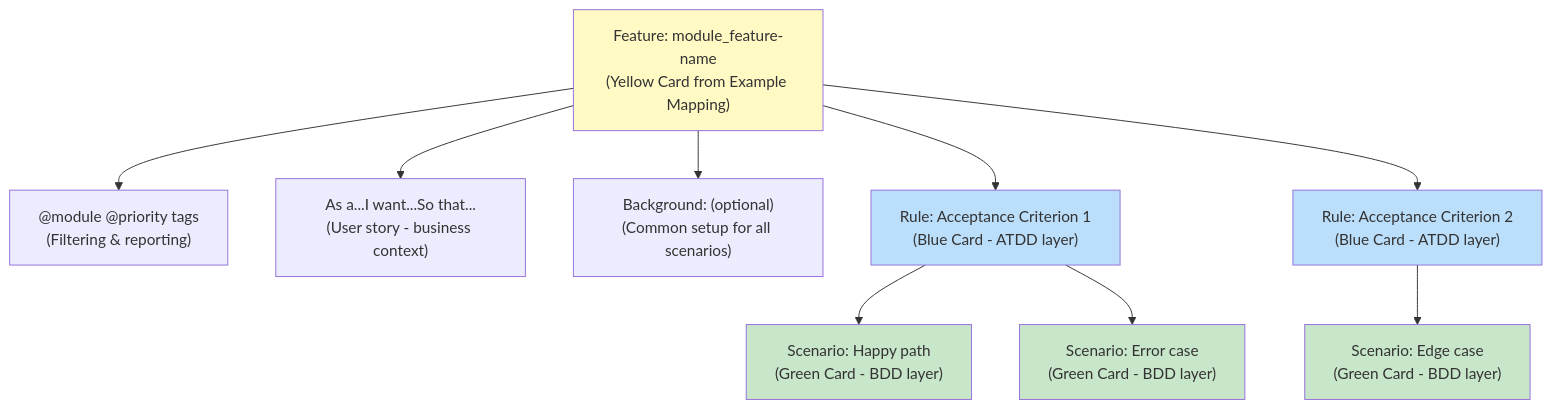
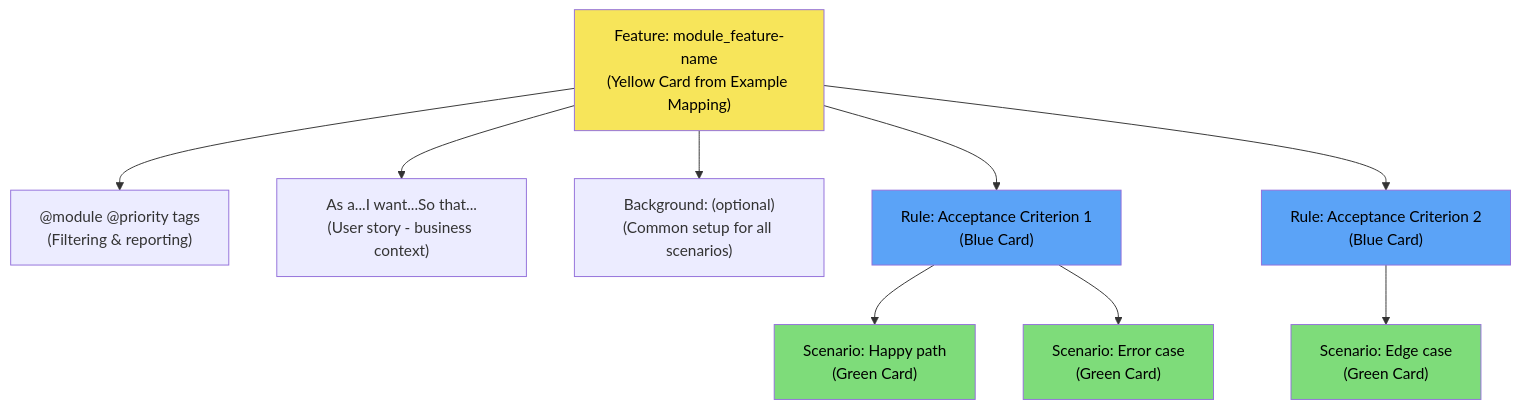
The diagram in docs/explanation/specifications/gherkin-concepts.md (ready-to-release/eac), drawn with Mermaid before and after one commit. The commit also changed other lines of this file and 49 other files, not shown here.

````diff
--- a/docs/explanation/specifications/gherkin-concepts.md
+++ b/docs/explanation/specifications/gherkin-concepts.md
@@ -38,31 +38,31 @@
 ```mermaid
 flowchart TD
     Feature["Feature: module_feature-name<br/>(Yellow Card from Example Mapping)"]
     Tags["@module @priority tags<br/>(Filtering & reporting)"]
     Story["As a...I want...So that...<br/>(User story - business context)"]
     Background["Background: (optional)<br/>(Common setup for all scenarios)"]
 
-    Rule1["Rule: Acceptance Criterion 1<br/>(Blue Card - ATDD layer)"]
-    Rule2["Rule: Acceptance Criterion 2<br/>(Blue Card - ATDD layer)"]
+    Rule1["Rule: Acceptance Criterion 1<br/>(Blue Card)"]
+    Rule2["Rule: Acceptance Criterion 2<br/>(Blue Card)"]
 
-    Scenario1["Scenario: Happy path<br/>(Green Card - BDD layer)"]
-    Scenario2["Scenario: Error case<br/>(Green Card - BDD layer)"]
-    Scenario3["Scenario: Edge case<br/>(Green Card - BDD layer)"]
+    Scenario1["Scenario: Happy path<br/>(Green Card)"]
+    Scenario2["Scenario: Error case<br/>(Green Card)"]
+    Scenario3["Scenario: Edge case<br/>(Green Card)"]
 
     Feature --> Tags
     Feature --> Story
     Feature --> Background
     Feature --> Rule1
     Feature --> Rule2
 
     Rule1 --> Scenario1
     Rule1 --> Scenario2
     Rule2 --> Scenario3
 
-    style Feature fill:#fff9c4
-    style Rule1 fill:#bbdefb
-    style Rule2 fill:#bbdefb
-    style Scenario1 fill:#c8e6c9
-    style Scenario2 fill:#c8e6c9
-    style Scenario3 fill:#c8e6c9
+    style Feature fill:#F7E55A,color:#000
+    style Rule1 fill:#5BA3F7,color:#000
+    style Rule2 fill:#5BA3F7,color:#000
+    style Scenario1 fill:#7EDC7A,color:#000
+    style Scenario2 fill:#7EDC7A,color:#000
+    style Scenario3 fill:#7EDC7A,color:#000
 ```
````
